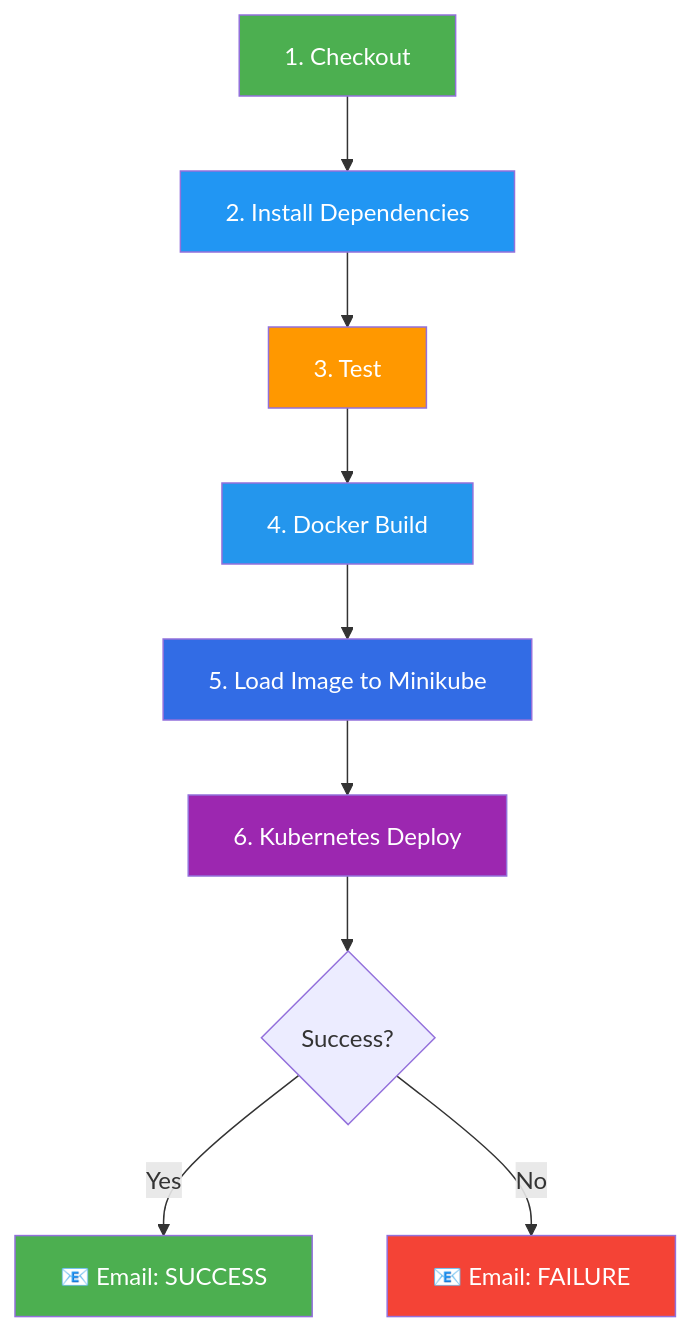
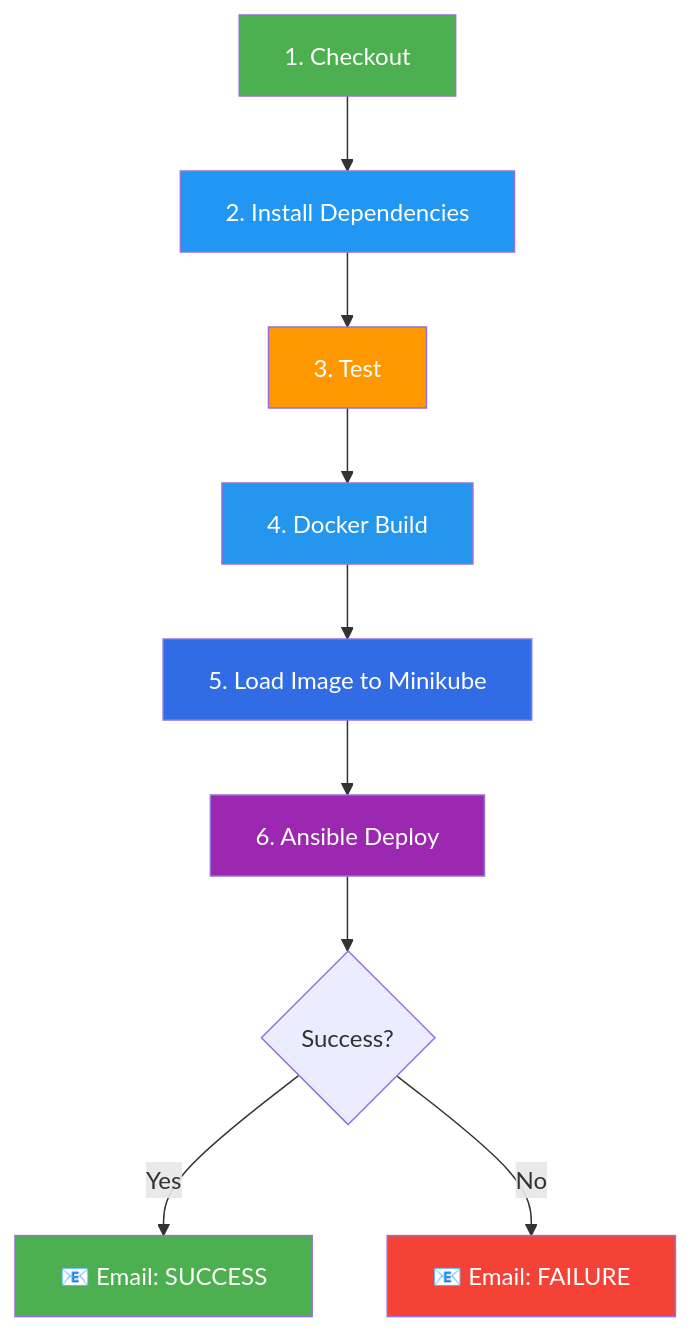
The second of 5 diagrams in pipeline_explanation.md (kp-0705/StudyOS_microservices), drawn with Mermaid before and after one commit. The commit also changed other lines of this file, not shown here.

Commit message:
Update pipeline doc: Ansible-driven K8s deploys, Vault, unit tests, roles

````diff
--- a/pipeline_explanation.md
+++ b/pipeline_explanation.md
@@ -70,20 +76,20 @@
 ```mermaid
 graph TD
     A["1. Checkout"] --> B["2. Install Dependencies"]
     B --> C["3. Test"]
     C --> D["4. Docker Build"]
     D --> E["5. Load Image to Minikube"]
-    E --> F["6. Kubernetes Deploy"]
+    E --> F["6. Ansible Deploy"]
     F --> G{"Success?"}
     G -->|Yes| H["📧 Email: SUCCESS"]
     G -->|No| I["📧 Email: FAILURE"]
 
     style A fill:#4CAF50,color:#fff
     style B fill:#2196F3,color:#fff
     style C fill:#FF9800,color:#fff
     style D fill:#2496ED,color:#fff
     style E fill:#326CE5,color:#fff
     style F fill:#9C27B0,color:#fff
     style H fill:#4CAF50,color:#fff
     style I fill:#f44336,color:#fff
 ```
````
